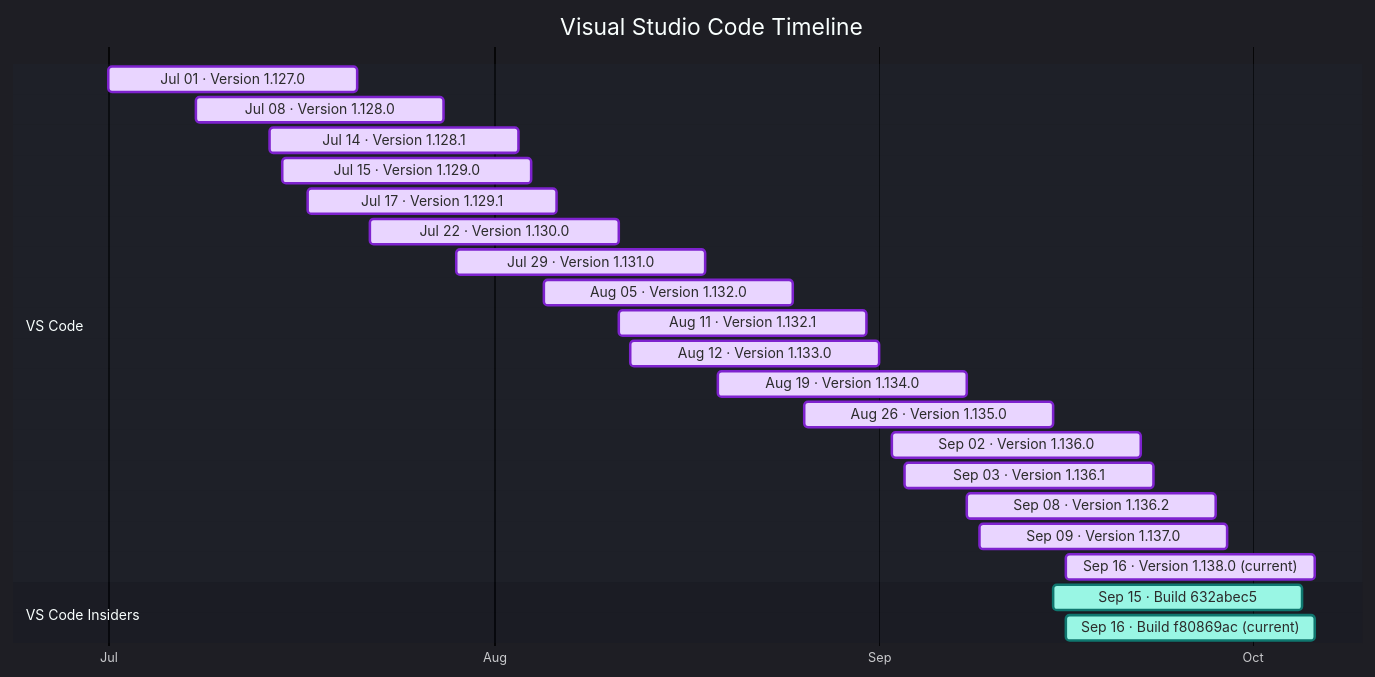
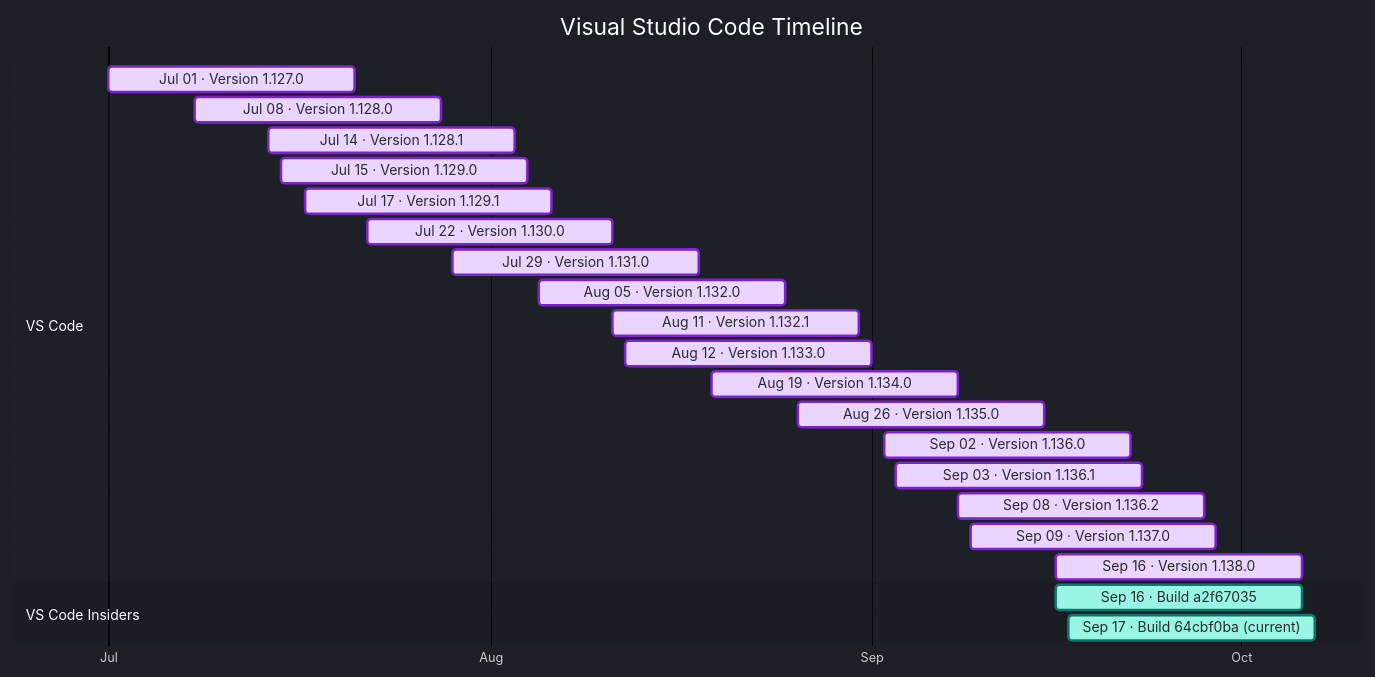
One commit to Oxelya-DevTools/VisualStudioUpdate changed the diagram in docs/vscode.md. Above: the diagram before and after it, drawn with Mermaid. The commit also changed other lines of this file and 2 other files, not shown here.

Commit message:
Update generated release feeds

````diff
--- a/docs/vscode.md
+++ b/docs/vscode.md
@@ -9,29 +9,29 @@
 ```mermaid
 %%{init: {'theme':'dark','themeVariables': { 'fontFamily': 'Segoe UI', 'fontSize': '24px', 'textColor': '#F3F4F6', 'titleTextColor': '#FFFFFF', 'taskTextColor': '#111827', 'taskTextLightColor': '#111827', 'taskTextOutsideColor': '#F3F4F6', 'taskBkgColor': '#BAE6FD', 'taskBorderColor': '#0369A1', 'doneTaskBkgColor': '#E9D5FF', 'doneTaskBorderColor': '#7E22CE', 'activeTaskBkgColor': '#99F6E4', 'activeTaskBorderColor': '#0F766E', 'critTaskBkgColor': '#FED7AA', 'critTaskBorderColor': '#C2410C', 'sectionBkgColor': '#1F2937', 'altSectionBkgColor': '#111827', 'gridColor': '#4B5563', 'todayLineColor': '#F87171' }}}%%
 gantt
     title Visual Studio Code Timeline
     dateFormat  YYYY-MM-DD
     axisFormat  %b
     tickInterval 1month
     section VS Code
     Jul 01 · Version 1.127.0 : done, vscode202607010, 2026-07-01, 20d
     Jul 08 · Version 1.128.0 : done, vscode202607081, 2026-07-08, 20d
     Jul 14 · Version 1.128.1 : done, vscode202607142, 2026-07-14, 20d
     Jul 15 · Version 1.129.0 : done, vscode202607153, 2026-07-15, 20d
     Jul 17 · Version 1.129.1 : done, vscode202607174, 2026-07-17, 20d
     Jul 22 · Version 1.130.0 : done, vscode202607225, 2026-07-22, 20d
     Jul 29 · Version 1.131.0 : done, vscode202607296, 2026-07-29, 20d
     Aug 05 · Version 1.132.0 : done, vscode202608057, 2026-08-05, 20d
     Aug 11 · Version 1.132.1 : done, vscode202608118, 2026-08-11, 20d
     Aug 12 · Version 1.133.0 : done, vscode202608129, 2026-08-12, 20d
     Aug 19 · Version 1.134.0 : done, vscode2026081910, 2026-08-19, 20d
     Aug 26 · Version 1.135.0 : done, vscode2026082611, 2026-08-26, 20d
     Sep 02 · Version 1.136.0 : done, vscode2026090212, 2026-09-02, 20d
     Sep 03 · Version 1.136.1 : done, vscode2026090313, 2026-09-03, 20d
     Sep 08 · Version 1.136.2 : done, vscode2026090814, 2026-09-08, 20d
     Sep 09 · Version 1.137.0 : done, vscode2026090915, 2026-09-09, 20d
-    Sep 16 · Version 1.138.0 (current) : done, vscode2026091616, 2026-09-16, 20d
+    Sep 16 · Version 1.138.0 : done, vscode2026091616, 2026-09-16, 20d
     section VS Code Insiders
-    Sep 15 · Build 632abec5 : active, vscodeinsiders202609150, 2026-09-15, 20d
-    Sep 16 · Build f80869ac (current) : active, vscodeinsiders202609161, 2026-09-16, 20d
+    Sep 16 · Build a2f67035 : active, vscodeinsiders202609160, 2026-09-16, 20d
+    Sep 17 · Build 64cbf0ba (current) : active, vscodeinsiders202609171, 2026-09-17, 20d
 ```
````
